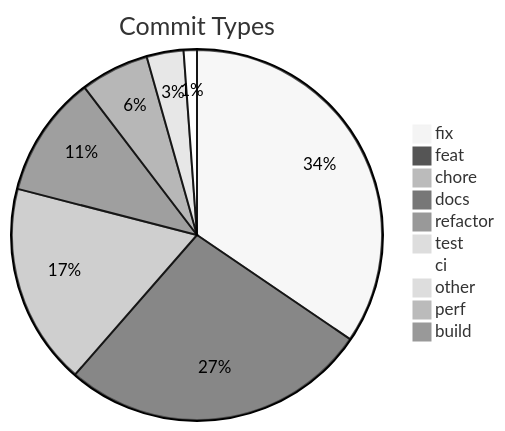
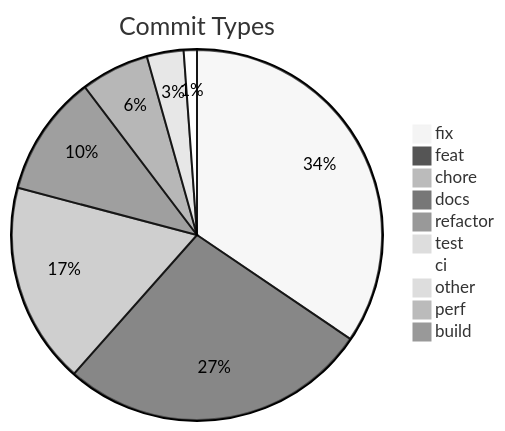
The diagram in .shipwright/compliance/change-history.md (svenroth-ai/shipwright), drawn with Mermaid (neutral theme) before and after one commit. The commit also changed other lines of this file and 50 other files, not shown here.

````diff
--- a/.shipwright/compliance/change-history.md
+++ b/.shipwright/compliance/change-history.md
@@ -10,13 +10,13 @@
 ```mermaid
 pie title Commit Types
-    "fix" : 536
-    "feat" : 418
-    "chore" : 273
+    "fix" : 538
+    "feat" : 422
+    "chore" : 274
     "docs" : 165
     "refactor" : 93
     "test" : 50
     "ci" : 18
     "other" : 10
     "perf" : 1
     "build" : 1
 ```
````
